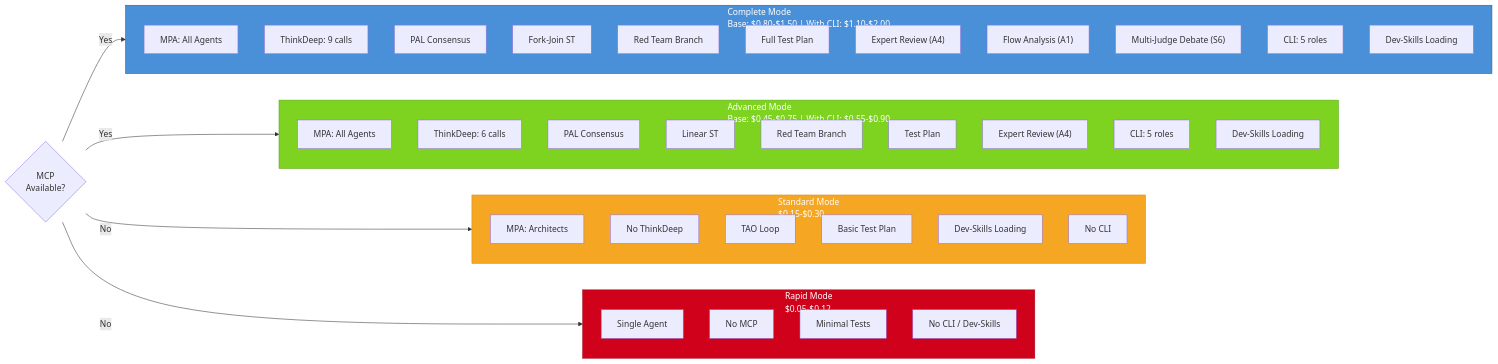
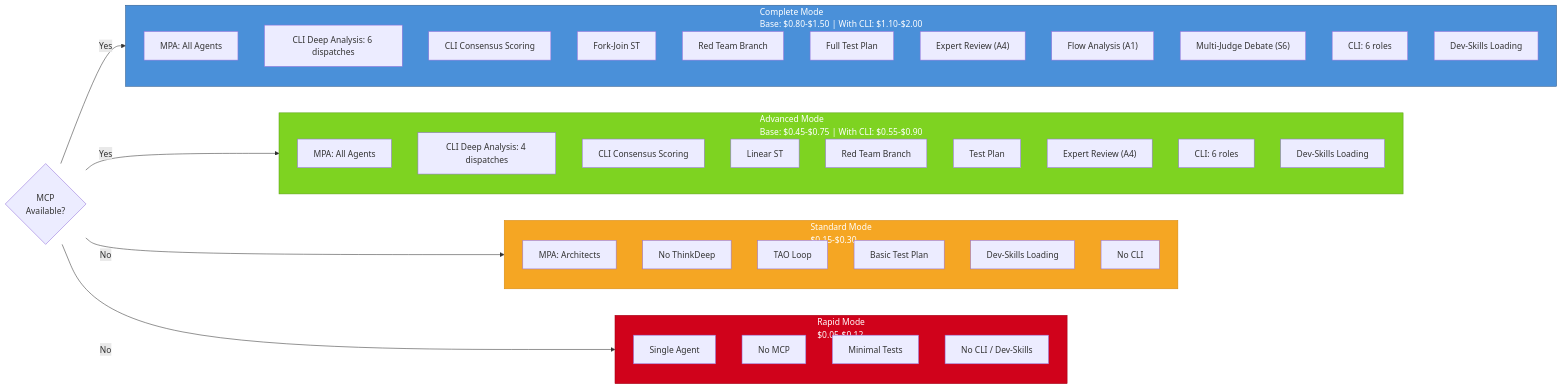
Before and after one commit to g3nx89/carlas-pantry: the second of 11 diagrams in plugins/product-planning/docs/workflow-diagram.md, drawn with Mermaid. The commit also changed other lines of this file and 48 other files, not shown here.

````diff
--- a/plugins/product-planning/docs/workflow-diagram.md
+++ b/plugins/product-planning/docs/workflow-diagram.md
@@ -256,55 +255,55 @@
 ```mermaid
 flowchart LR
     subgraph COMPLETE["Complete Mode<br/>Base: $0.80-$1.50 | With CLI: $1.10-$2.00"]
         C1["MPA: All Agents"]
-        C2["ThinkDeep: 9 calls"]
-        C3["PAL Consensus"]
+        C2["CLI Deep Analysis: 6 dispatches"]
+        C3["CLI Consensus Scoring"]
         C4["Fork-Join ST"]
         C5["Red Team Branch"]
         C6["Full Test Plan"]
         C7["Expert Review (A4)"]
         C8["Flow Analysis (A1)"]
         C9["Multi-Judge Debate (S6)"]
-        C10["CLI: 5 roles"]
+        C10["CLI: 6 roles"]
         C11["Dev-Skills Loading"]
     end
 
     subgraph ADVANCED["Advanced Mode<br/>Base: $0.45-$0.75 | With CLI: $0.55-$0.90"]
         A1["MPA: All Agents"]
-        A2["ThinkDeep: 6 calls"]
-        A3["PAL Consensus"]
+        A2["CLI Deep Analysis: 4 dispatches"]
+        A3["CLI Consensus Scoring"]
         A4["Linear ST"]
         A5["Red Team Branch"]
         A6["Test Plan"]
         A7["Expert Review (A4)"]
-        A8["CLI: 5 roles"]
+        A8["CLI: 6 roles"]
         A9["Dev-Skills Loading"]
     end
 
     subgraph STANDARD["Standard Mode<br/>$0.15-$0.30"]
         S1["MPA: Architects"]
         S2["No ThinkDeep"]
         S3["TAO Loop"]
         S4["Basic Test Plan"]
         S5["Dev-Skills Loading"]
         S6["No CLI"]
     end
 
     subgraph RAPID["Rapid Mode<br/>$0.05-$0.12"]
         R1["Single Agent"]
         R2["No MCP"]
         R3["Minimal Tests"]
         R4["No CLI / Dev-Skills"]
     end
 
     MCP{"MCP<br/>Available?"}
     MCP -->|"Yes"| COMPLETE
     MCP -->|"Yes"| ADVANCED
     MCP -->|"No"| STANDARD
     MCP -->|"No"| RAPID
 
     style COMPLETE fill:#4A90D9,stroke:#2E5A8B,color:#fff
     style ADVANCED fill:#7ED321,stroke:#5BA018,color:#fff
     style STANDARD fill:#F5A623,stroke:#D4880F,color:#fff
     style RAPID fill:#D0021B,stroke:#A00216,color:#fff
 ```
````
